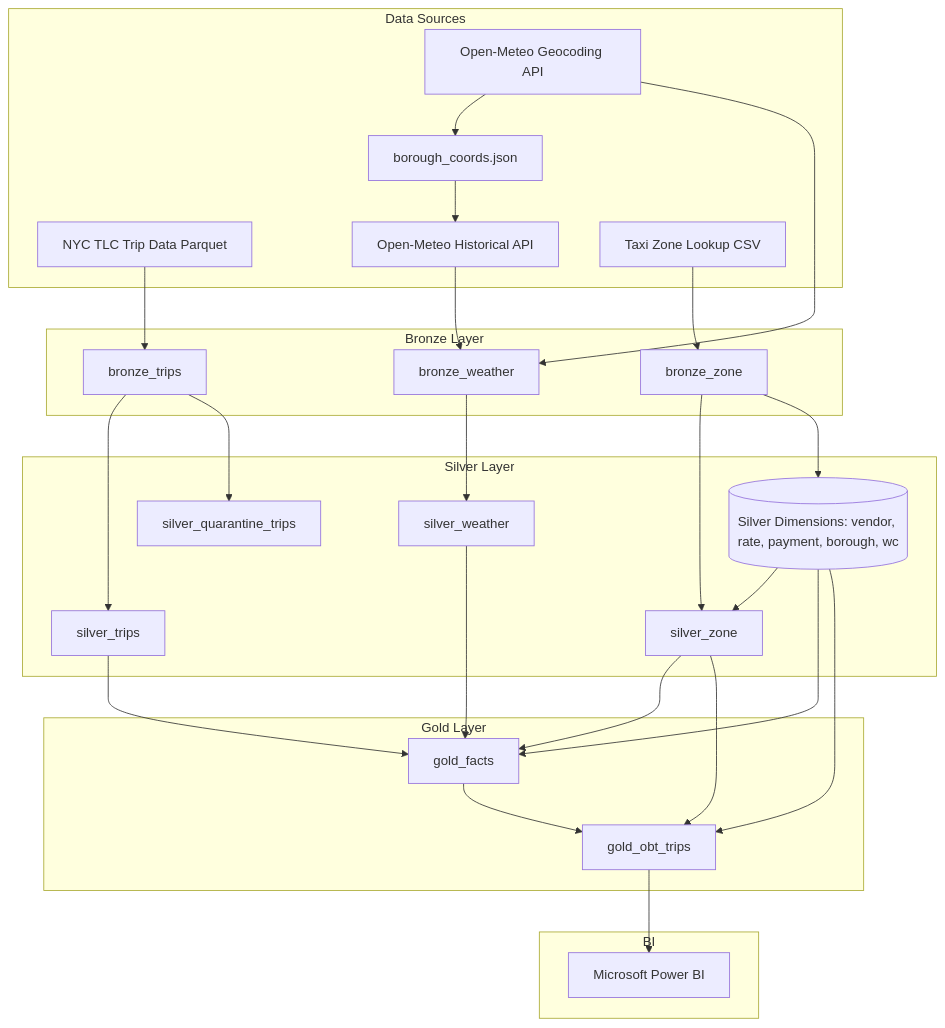
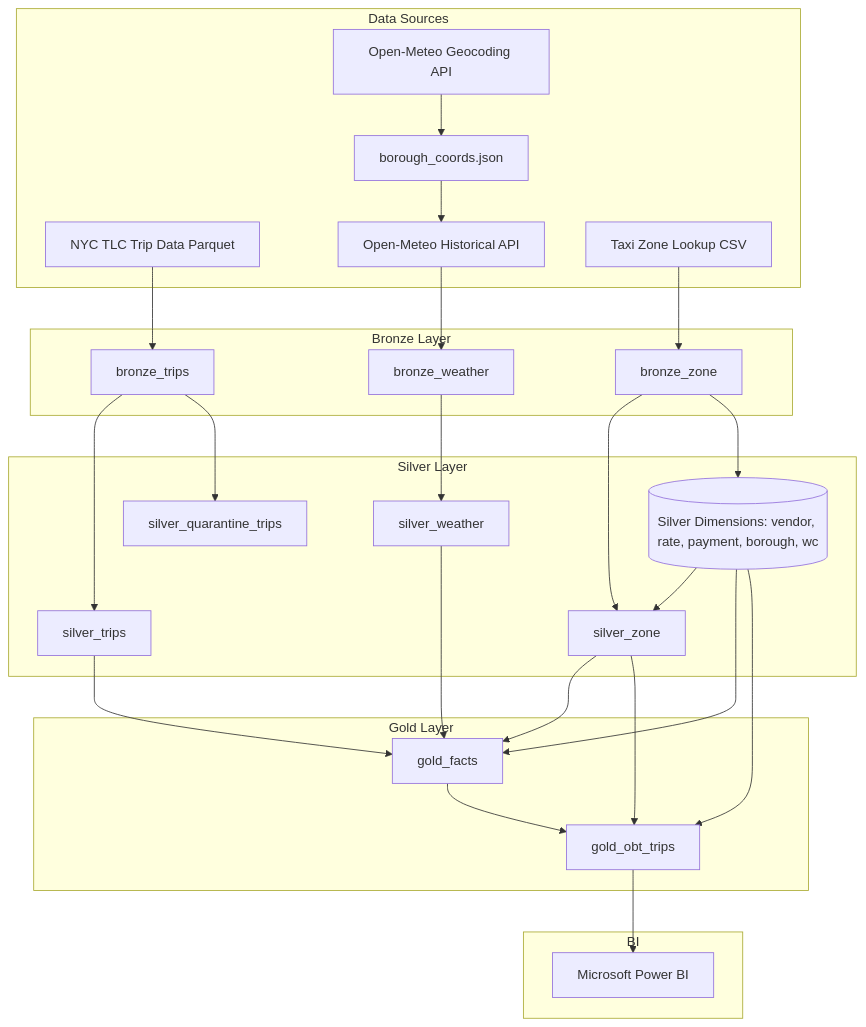
The first of 3 diagrams in README.md (Chirag-GH/taxi_weather_pipeline), drawn with Mermaid before and after one commit. The commit also changed other lines of this file and 4 other files, not shown here.

````diff
--- a/README.md
+++ b/README.md
@@ -20,59 +20,58 @@
 ```mermaid
 graph TD
     subgraph Data Sources
         TLC[NYC TLC Trip Data Parquet]
         OM[Open-Meteo Historical API]
         GEO[Open-Meteo Geocoding API]
         ZCSV[Taxi Zone Lookup CSV]
         JSON_COORD[borough_coords.json]
         
     end
 
     subgraph Bronze Layer
         BT[bronze_trips]
         BW[bronze_weather]
         BZ[bronze_zone]
     end
 
     subgraph Silver Layer
         ST[silver_trips]
         SQ[silver_quarantine_trips]
         SW[silver_weather]
         SZ[silver_zone]
         SDIMS[(Silver Dimensions: vendor, rate, payment, borough, wc)]
     end
 
     subgraph Gold Layer
         GF[gold_facts]
         GOBT[gold_obt_trips]
     end
 
     subgraph BI
         PBI[Microsoft Power BI]
     end
     GEO --> JSON_COORD
     JSON_COORD --> OM
     TLC --> BT
     OM --> BW
-    GEO --> BW
     ZCSV --> BZ
 
     BT --> ST
     BT --> SQ
     BW --> SW
     BZ --> SZ
     BZ --> SDIMS
 
     ST --> GF
     SW --> GF
     SZ --> GF
     SDIMS --> SZ
     SDIMS --> GF
 
     GF --> GOBT
     SDIMS --> GOBT
     SZ --> GOBT
 
     GOBT --> PBI
 
 ```
````
